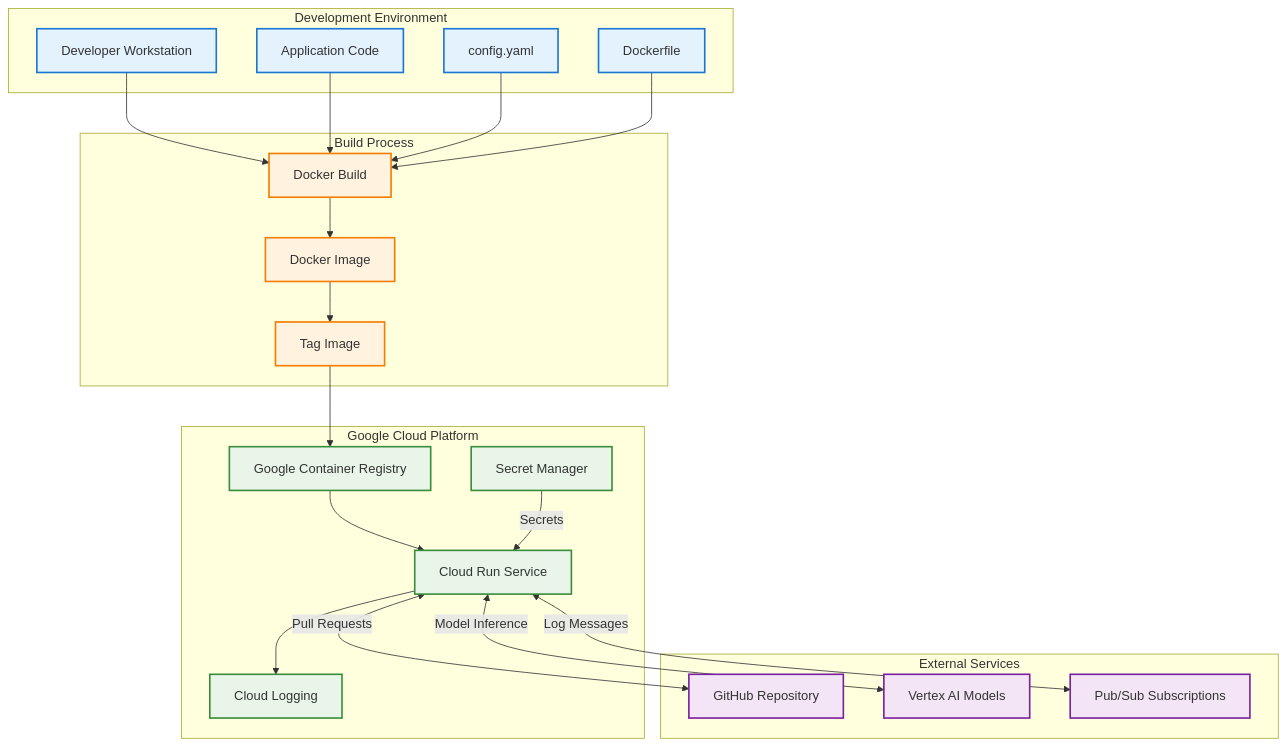
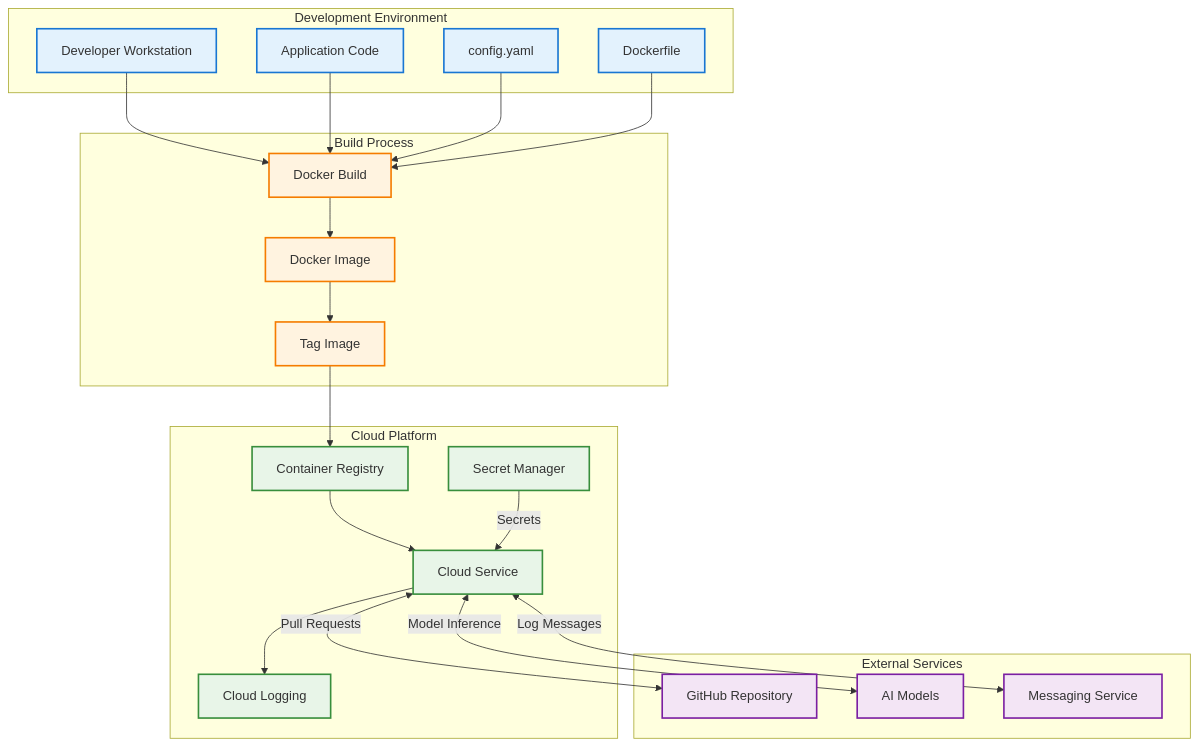
Before and after one commit to avivl/cloud-sre-agent: the diagram in docs/DEPLOYMENT.md, drawn with Mermaid. The commit also changed other lines of this file and 28 other files, not shown here.

````diff
--- a/docs/DEPLOYMENT.md
+++ b/docs/DEPLOYMENT.md
@@ -9,55 +9,55 @@
 ```mermaid
 flowchart TB
     subgraph "Development Environment"
         DEV[Developer Workstation]
         CODE[Application Code]
         CONFIG[config.yaml]
         DOCKER[Dockerfile]
     end
     
     subgraph "Build Process"
         BUILD[Docker Build]
         IMAGE[Docker Image]
         TAG[Tag Image]
     end
     
-    subgraph "Google Cloud Platform"
-        GCR[Google Container Registry]
-        CR[Cloud Run Service]
+    subgraph "Cloud Platform"
+        GCR[Container Registry]
+        CR[Cloud Service]
         SM[Secret Manager]
         LOGS[Cloud Logging]
     end
     
     subgraph "External Services"
         GITHUB[GitHub Repository]
-        VERTEX[Vertex AI Models]
-        PUBSUB[Pub/Sub Subscriptions]
+        AI[AI Models]
+        MSG[Messaging Service]
     end
     
     DEV --> BUILD
     CODE --> BUILD
     CONFIG --> BUILD
     DOCKER --> BUILD
     
     BUILD --> IMAGE
     IMAGE --> TAG
     TAG --> GCR
     
     GCR --> CR
     SM --> |Secrets| CR
     CR --> LOGS
     
     CR <--> |Pull Requests| GITHUB
-    CR <--> |Model Inference| VERTEX
-    CR <--> |Log Messages| PUBSUB
+    CR <--> |Model Inference| AI
+    CR <--> |Log Messages| MSG
     
     classDef dev fill:#e3f2fd,stroke:#1976d2,stroke-width:2px
     classDef build fill:#fff3e0,stroke:#f57c00,stroke-width:2px
     classDef gcp fill:#e8f5e8,stroke:#388e3c,stroke-width:2px
     classDef external fill:#f3e5f5,stroke:#7b1fa2,stroke-width:2px
     
     class DEV,CODE,CONFIG,DOCKER dev
     class BUILD,IMAGE,TAG build
     class GCR,CR,SM,LOGS gcp
-    class GITHUB,VERTEX,PUBSUB external
+    class GITHUB,AI,MSG external
 ```
````
